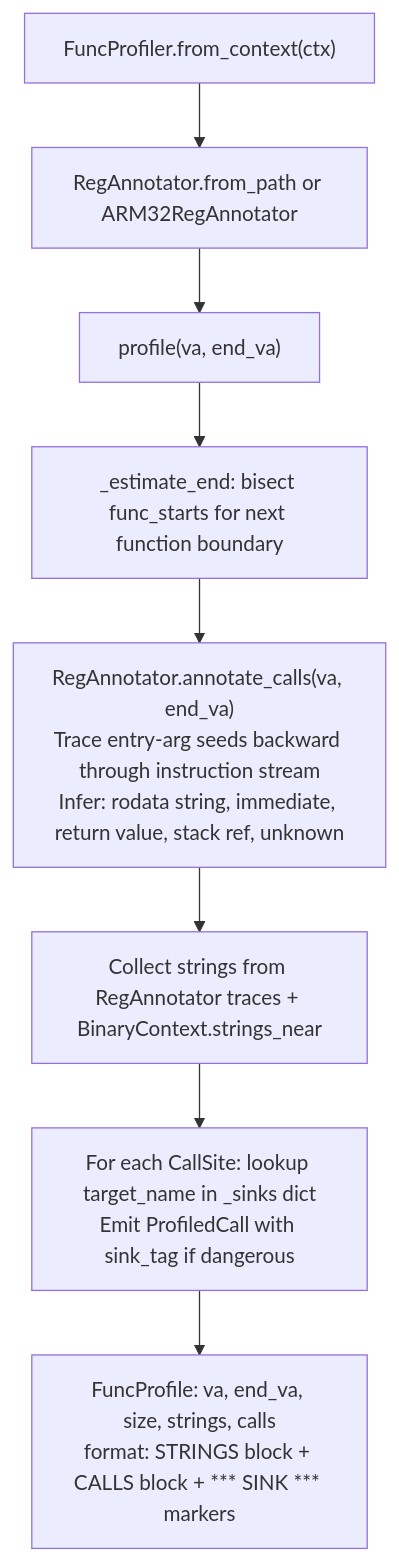
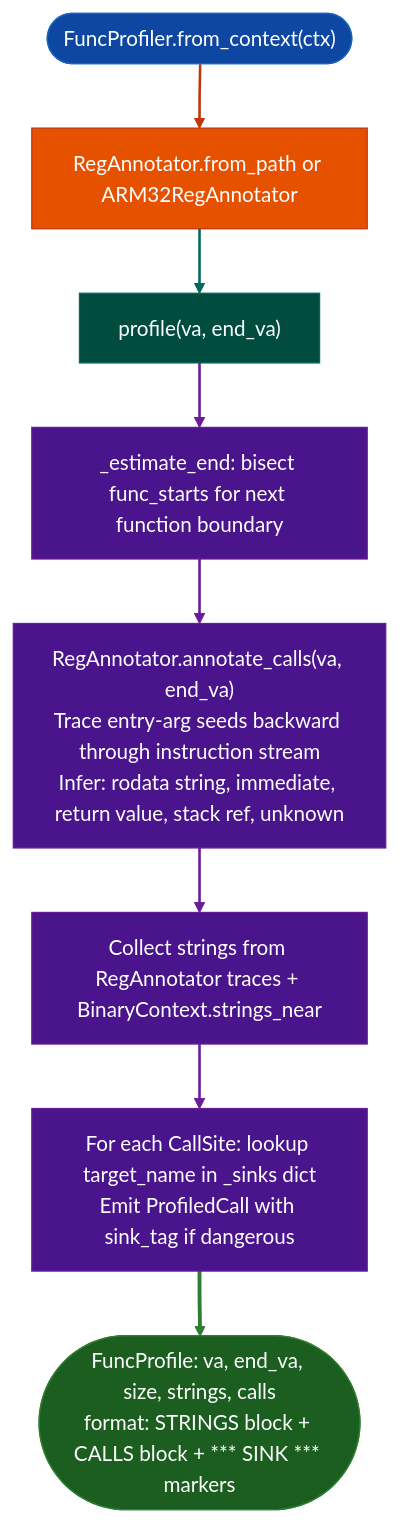
Before and after one commit to Ablation-Tool/ablation: the diagram in docs/reference-modules/function-profiler.md, drawn with Mermaid. The commit also changed 320 other files, not shown here.

First line of the commit message:
docs: apply canonical Mermaid template to all 321 diagrams

````diff
--- a/docs/reference-modules/function-profiler.md
+++ b/docs/reference-modules/function-profiler.md
@@ -19,10 +19,23 @@
 ```mermaid
 flowchart TD
-    A["FuncProfiler.from_context(ctx)"] --> B[RegAnnotator.from_path or ARM32RegAnnotator]
-    B --> C["profile(va, end_va)"]
-    C --> D["_estimate_end: bisect func_starts for next function boundary"]
-    D --> E["RegAnnotator.annotate_calls(va, end_va)\nTrace entry-arg seeds backward through instruction stream\nInfer: rodata string, immediate, return value, stack ref, unknown"]
-    E --> F["Collect strings from RegAnnotator traces + BinaryContext.strings_near"]
-    F --> G["For each CallSite: lookup target_name in _sinks dict\nEmit ProfiledCall with sink_tag if dangerous"]
-    G --> H["FuncProfile: va, end_va, size, strings, calls\nformat: STRINGS block + CALLS block + *** SINK *** markers"]
+    A(["FuncProfiler.from_context(ctx)"]):::input --> B["RegAnnotator.from_path or ARM32RegAnnotator"]:::primary
+    B:::primary --> C["profile(va, end_va)"]:::secondary
+    C:::secondary --> D["_estimate_end: bisect func_starts for next function boundary"]:::tertiary
+    D:::tertiary --> E["RegAnnotator.annotate_calls(va, end_va)\nTrace entry-arg seeds backward through instruction stream\nInfer: rodata string, immediate, return value, stack ref, unknown"]:::tertiary
+    E:::tertiary --> F["Collect strings from RegAnnotator traces + BinaryContext.strings_near"]:::tertiary
+    F:::tertiary --> G["For each CallSite: lookup target_name in _sinks dict\nEmit ProfiledCall with sink_tag if dangerous"]:::tertiary
+    G:::tertiary --> H(["FuncProfile: va, end_va, size, strings, calls\nformat: STRINGS block + CALLS block + *** SINK *** markers"]):::output
+    classDef input     fill:#0d47a1,stroke:#1565c0,color:#fff
+    classDef primary   fill:#e65100,stroke:#bf360c,color:#fff
+    classDef secondary fill:#004d40,stroke:#00695c,color:#fff
+    classDef tertiary  fill:#4a148c,stroke:#6a1b9a,color:#fff
+    classDef neutral   fill:#37474f,stroke:#546e7a,color:#fff
+    classDef output    fill:#1b5e20,stroke:#2e7d32,color:#fff
+    linkStyle 0 stroke:#bf360c,stroke-width:2px
+    linkStyle 1 stroke:#00695c,stroke-width:2px
+    linkStyle 2 stroke:#6a1b9a,stroke-width:2px
+    linkStyle 3 stroke:#6a1b9a,stroke-width:2px
+    linkStyle 4 stroke:#6a1b9a,stroke-width:2px
+    linkStyle 5 stroke:#6a1b9a,stroke-width:2px
+    linkStyle 6 stroke:#2e7d32,stroke-width:3px
 ```
````
